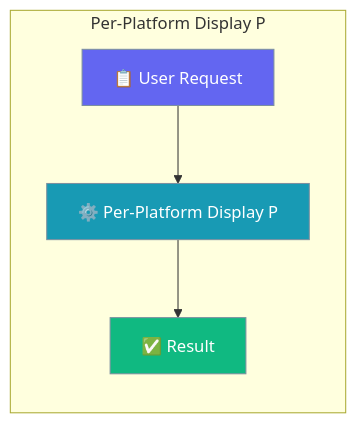
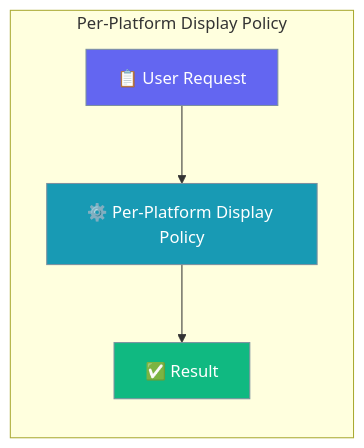
The first of 7 diagrams in docs/features/display-policy.mdx (MervinPraison/PraisonAIDocs), drawn with Mermaid before and after one commit. The commit also changed other lines of this file and 45 other files, not shown here.

First line of the commit message:
docs: fix truncated Mermaid diagram feature names (22-char cutoff)

````diff
--- a/docs/features/display-policy.mdx
+++ b/docs/features/display-policy.mdx
@@ -8,15 +8,15 @@
 ```mermaid
 graph LR
-    subgraph "Per-Platform Display P"
-        Request[📋 User Request] --> Process[⚙️ Per-Platform Display P]
+    subgraph "Per-Platform Display Policy"
+        Request[📋 User Request] --> Process[⚙️ Per-Platform Display Policy]
         Process --> Result[✅ Result]
     end
 
     classDef input fill:#6366F1,stroke:#7C90A0,color:#fff
     classDef process fill:#189AB4,stroke:#7C90A0,color:#fff
     classDef output fill:#10B981,stroke:#7C90A0,color:#fff
 
     class Request input
     class Process process
     class Result output
 ```
````
